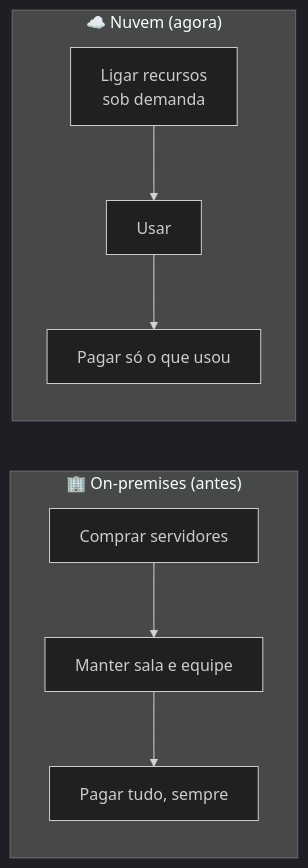
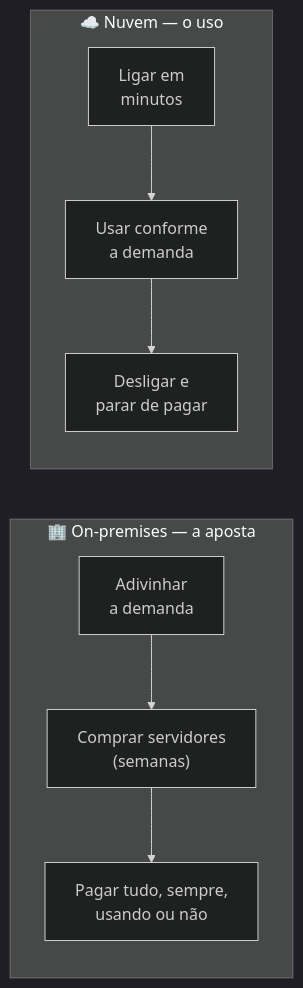
One commit to melissaalves-stack/awscloudfoundations changed the diagram in certificacao-cloud/dominio-1-conceitos-de-nuvem/00-por-que-a-nuvem-existe.md. Above: the diagram before and after it, drawn with Mermaid (dark theme). The commit also changed other lines of this file and 23 other files, not shown here.

````diff
--- a/certificacao-cloud/dominio-1-conceitos-de-nuvem/00-por-que-a-nuvem-existe.md
+++ b/certificacao-cloud/dominio-1-conceitos-de-nuvem/00-por-que-a-nuvem-existe.md
@@ -48,11 +80,11 @@
 ```mermaid
 flowchart LR
-    subgraph ANTES["🏢 On-premises (antes)"]
-        A1["Comprar servidores"] --> A2["Manter sala e equipe"]
-        A2 --> A3["Pagar tudo, sempre"]
+    subgraph ANTES["🏢 On-premises — a aposta"]
+        A1["Adivinhar<br/>a demanda"] --> A2["Comprar servidores<br/>(semanas)"]
+        A2 --> A3["Pagar tudo, sempre,<br/>usando ou não"]
     end
-    subgraph DEPOIS["☁️ Nuvem (agora)"]
-        B1["Ligar recursos<br/>sob demanda"] --> B2["Usar"]
-        B2 --> B3["Pagar só o que usou"]
+    subgraph DEPOIS["☁️ Nuvem — o uso"]
+        B1["Ligar em<br/>minutos"] --> B2["Usar conforme<br/>a demanda"]
+        B2 --> B3["Desligar e<br/>parar de pagar"]
     end
 ```
````
